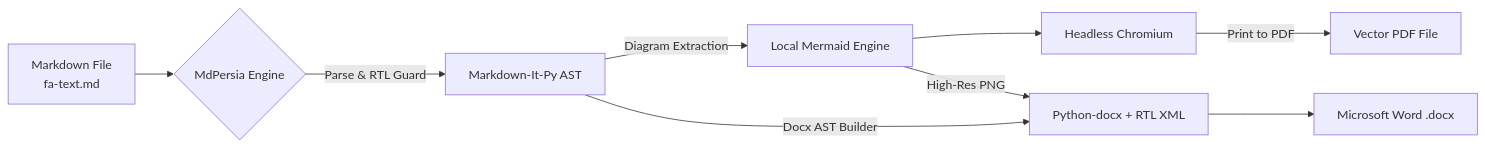
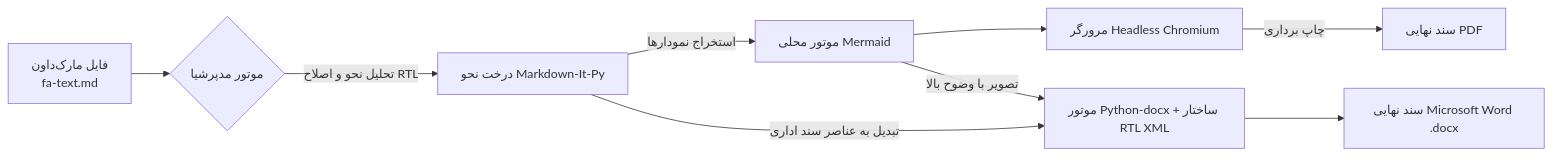
The diagram in README.md (hamid-morsali-786/MdPersia), drawn with Mermaid before and after one commit. The commit also changed other lines of this file and 12 other files, not shown here.

````diff
--- a/README.md
+++ b/README.md
@@ -147,11 +210,11 @@
 ```mermaid
 flowchart LR
-    A[Markdown File<br/>fa-text.md] --> B{MdPersia Engine}
-    B -->|Parse & RTL Guard| C[Markdown-It-Py AST]
-    C -->|Diagram Extraction| D[Local Mermaid Engine]
-    D --> E[Headless Chromium]
-    E -->|Print to PDF| F[Vector PDF File]
-    C -->|Docx AST Builder| G[Python-docx + RTL XML]
-    D -->|High-Res PNG| G
-    G --> H[Microsoft Word .docx]
+    A[فایل مارک‌داون<br/>fa-text.md] --> B{موتور مدپرشیا}
+    B -->|تحلیل نحو و اصلاح RTL| C[درخت نحو Markdown-It-Py]
+    C -->|استخراج نمودارها| D[موتور محلی Mermaid]
+    D --> E[مرورگر Headless Chromium]
+    E -->|چاپ برداری| F[سند نهایی PDF]
+    C -->|تبدیل به عناصر سند اداری| G[موتور Python-docx + ساختار RTL XML]
+    D -->|تصویر با وضوح بالا| G
+    G --> H[سند نهایی Microsoft Word .docx]
 ```
````
